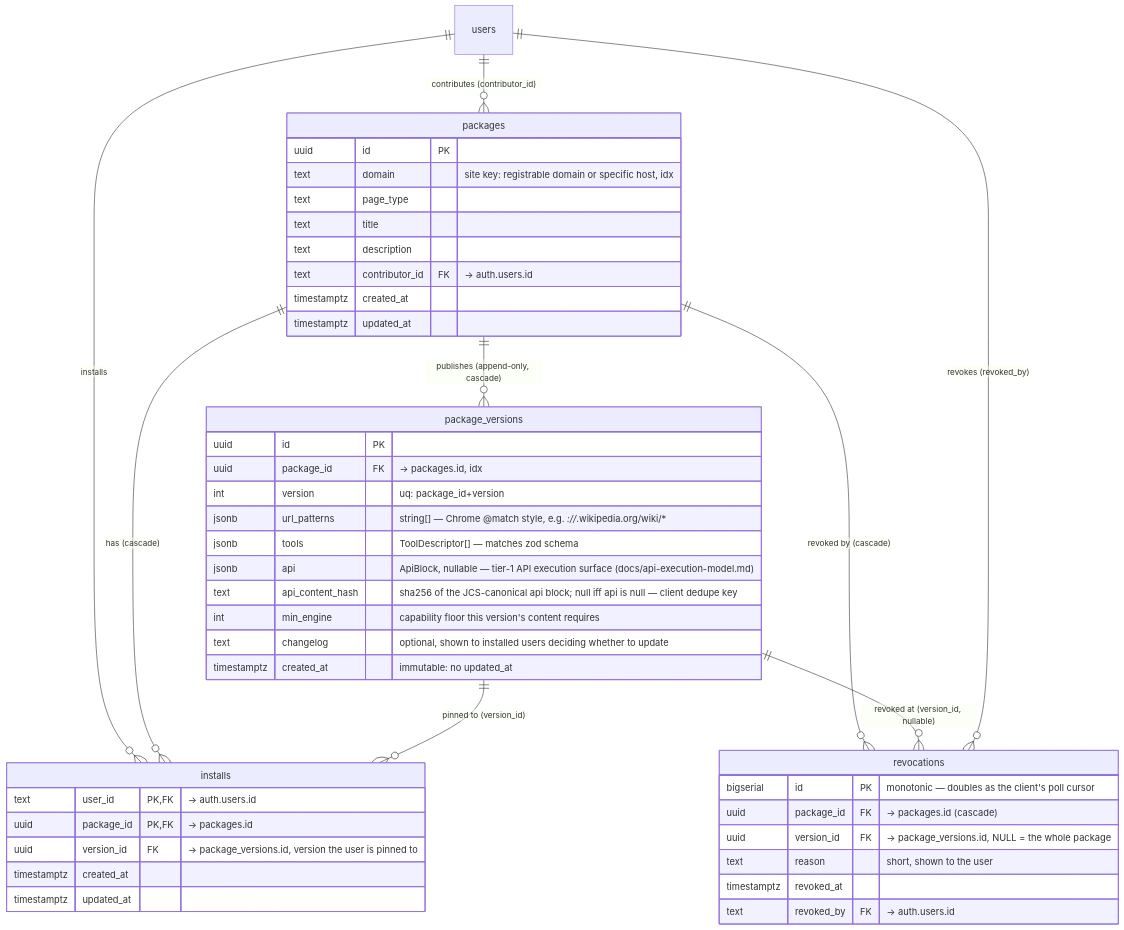
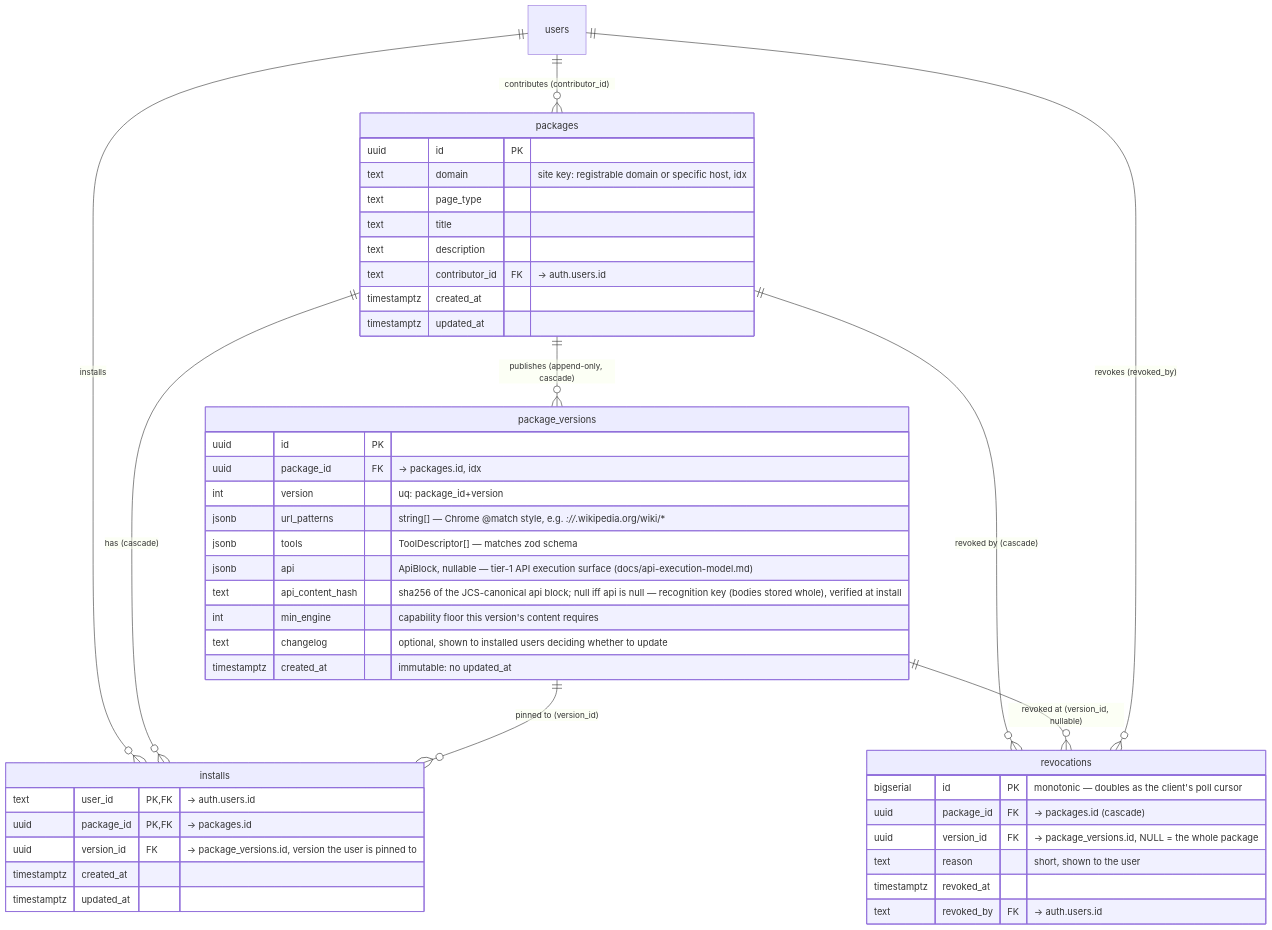
Before and after one commit to robertn702/webmcp-today: the first of 2 diagrams in docs/erd.md, drawn with Mermaid. The commit also changed 1 other file, not shown here.

Commit message:
docs: drop stale extension->definitions edges auto-merged from main

````diff
--- a/docs/erd.md
+++ b/docs/erd.md
@@ -15,52 +15,52 @@
 ```mermaid
 erDiagram
     users ||--o{ packages : "contributes (contributor_id)"
     users ||--o{ installs : installs
     packages ||--o{ package_versions : "publishes (append-only, cascade)"
     packages ||--o{ installs : "has (cascade)"
     package_versions ||--o{ installs : "pinned to (version_id)"
     packages ||--o{ revocations : "revoked by (cascade)"
     package_versions ||--o{ revocations : "revoked at (version_id, nullable)"
     users ||--o{ revocations : "revokes (revoked_by)"
 
     packages {
         uuid id PK
         text domain "site key: registrable domain or specific host, idx"
         text page_type
         text title
         text description
         text contributor_id FK "-> auth.users.id"
         timestamptz created_at
         timestamptz updated_at
     }
 
     package_versions {
         uuid id PK
         uuid package_id FK "-> packages.id, idx"
         int version "uq: package_id+version"
         jsonb url_patterns "string[] — Chrome @match style, e.g. *://*.wikipedia.org/wiki/*"
         jsonb tools "ToolDescriptor[] — matches zod schema"
         jsonb api "ApiBlock, nullable — tier-1 API execution surface (docs/api-execution-model.md)"
-        text api_content_hash "sha256 of the JCS-canonical api block; null iff api is null — client dedupe key"
+        text api_content_hash "sha256 of the JCS-canonical api block; null iff api is null — recognition key (bodies stored whole), verified at install"
         int min_engine "capability floor this version's content requires"
         text changelog "optional, shown to installed users deciding whether to update"
         timestamptz created_at "immutable: no updated_at"
     }
 
     installs {
         text user_id PK,FK "-> auth.users.id"
         uuid package_id PK,FK "-> packages.id"
         uuid version_id FK "-> package_versions.id, version the user is pinned to"
         timestamptz created_at
         timestamptz updated_at
     }
 
     revocations {
         bigserial id PK "monotonic — doubles as the client's poll cursor"
         uuid package_id FK "-> packages.id (cascade)"
         uuid version_id FK "-> package_versions.id, NULL = the whole package"
         text reason "short, shown to the user"
         timestamptz revoked_at
         text revoked_by FK "-> auth.users.id"
     }
 ```
````
